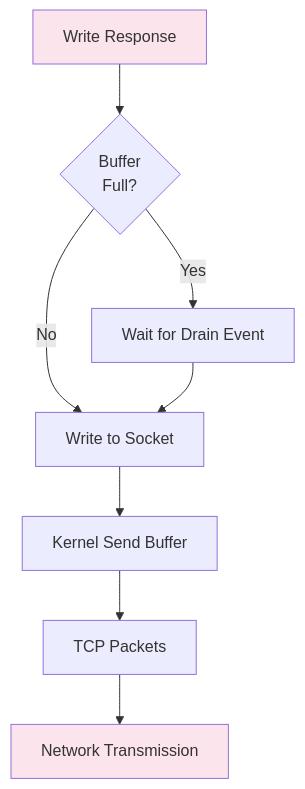
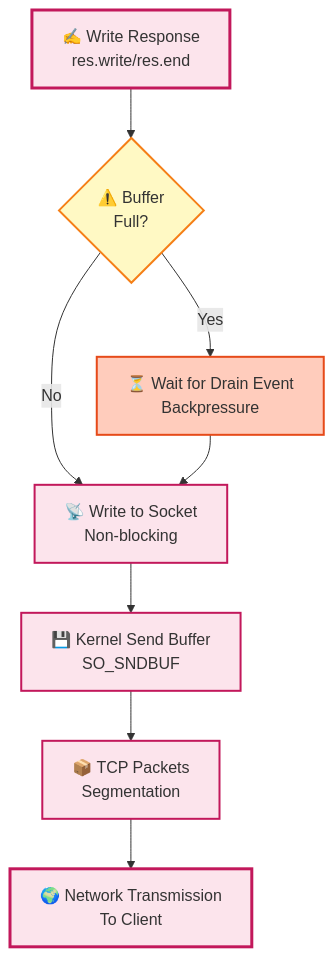
Before and after one commit to rkgiitkgp/study-material: the sixth of 9 diagrams in Nodejs/http-request-lifecycle-diagram.md, drawn with Mermaid. The commit also changed other lines of this file and 1 other file, not shown here.

Commit message:
beautify mermaid flow diagram http request cycle

````diff
--- a/Nodejs/http-request-lifecycle-diagram.md
+++ b/Nodejs/http-request-lifecycle-diagram.md
@@ -123,13 +147,18 @@
 ```mermaid
 flowchart TD
-    A[Write Response] --> B{Buffer<br/>Full?}
-    B -->|Yes| C[Wait for Drain Event]
-    B -->|No| D[Write to Socket]
+    A["✍️ Write Response<br/>res.write/res.end"] --> B{"⚠️ Buffer<br/>Full?"}
+    B -->|"Yes"| C["⏳ Wait for Drain Event<br/>Backpressure"]
+    B -->|"No"| D["📡 Write to Socket<br/>Non-blocking"]
     C --> D
-    D --> E[Kernel Send Buffer]
-    E --> F[TCP Packets]
-    F --> G[Network Transmission]
+    D --> E["💾 Kernel Send Buffer<br/>SO_SNDBUF"]
+    E --> F["📦 TCP Packets<br/>Segmentation"]
+    F --> G["🌍 Network Transmission<br/>To Client"]
     
-    style A fill:#fce4ec
-    style G fill:#fce4ec
+    style A fill:#fce4ec,stroke:#c2185b,stroke-width:3px
+    style B fill:#fff9c4,stroke:#f57f17,stroke-width:2px
+    style C fill:#ffccbc,stroke:#e64a19,stroke-width:2px
+    style D fill:#fce4ec,stroke:#c2185b,stroke-width:2px
+    style E fill:#fce4ec,stroke:#c2185b,stroke-width:2px
+    style F fill:#fce4ec,stroke:#c2185b,stroke-width:2px
+    style G fill:#fce4ec,stroke:#c2185b,stroke-width:3px
 ```
````
